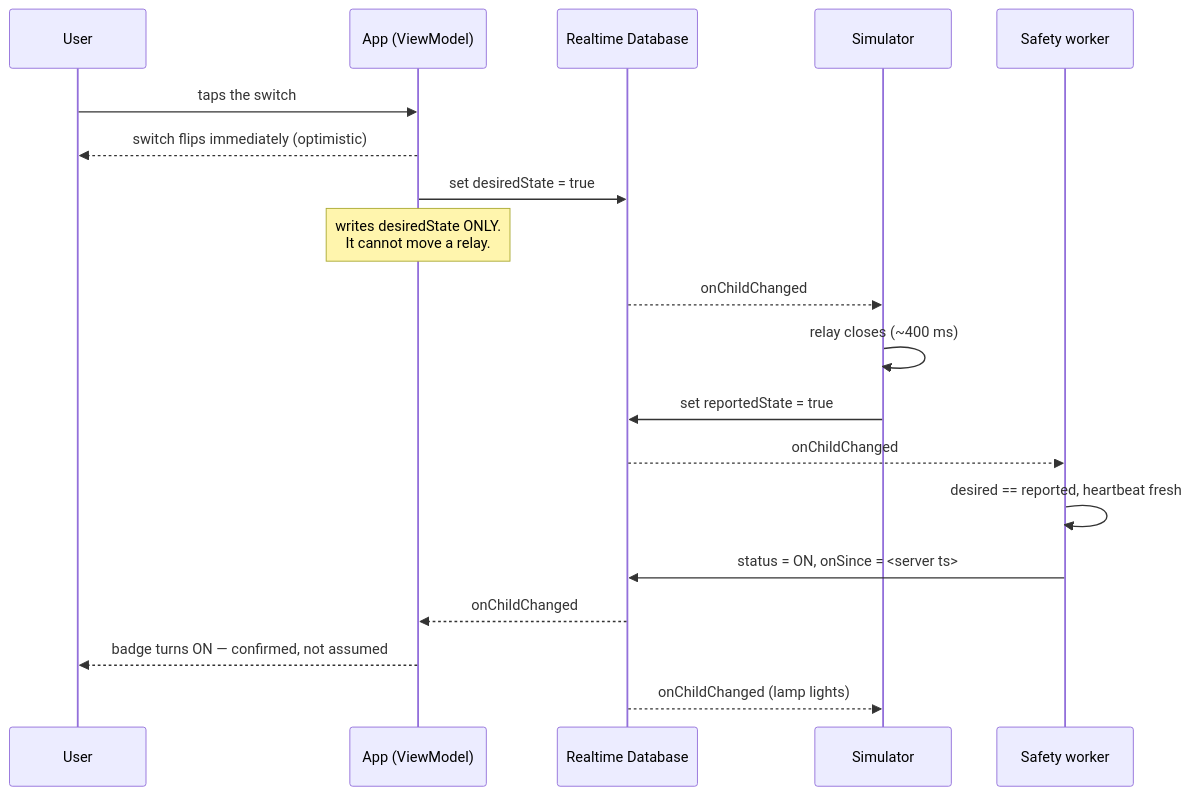
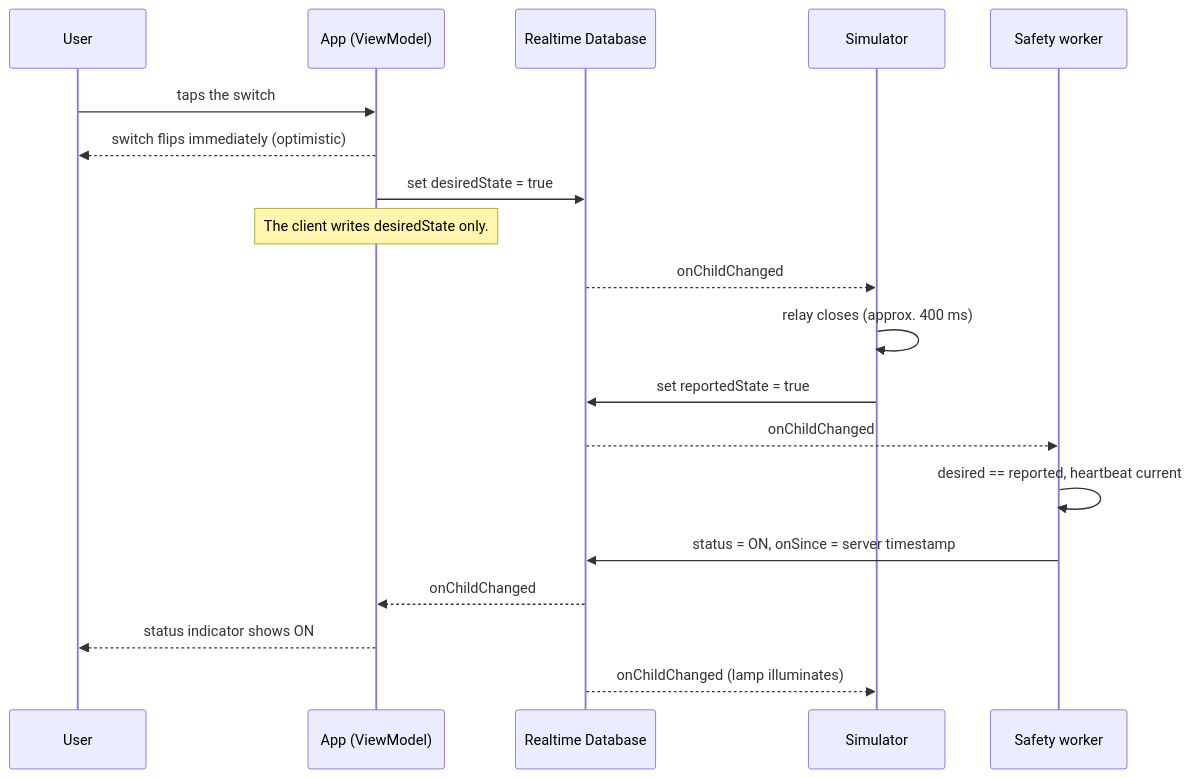
Before and after one commit to RavinduIT/HomeSense: the first of 2 diagrams in docs/REPORT.md, drawn with Mermaid. The commit also changed other lines of this file and 9 other files, not shown here.

````diff
--- a/docs/REPORT.md
+++ b/docs/REPORT.md
@@ -53,25 +80,25 @@
 ```mermaid
 sequenceDiagram
     participant U as User
     participant A as App (ViewModel)
     participant DB as Realtime Database
     participant S as Simulator
     participant W as Safety worker
 
     U->>A: taps the switch
     A-->>U: switch flips immediately (optimistic)
     A->>DB: set desiredState = true
-    Note over A: writes desiredState ONLY.<br/>It cannot move a relay.
+    Note over A: The client writes desiredState only.
 
     DB-->>S: onChildChanged
-    S->>S: relay closes (~400 ms)
+    S->>S: relay closes (approx. 400 ms)
     S->>DB: set reportedState = true
 
     DB-->>W: onChildChanged
-    W->>W: desired == reported, heartbeat fresh
-    W->>DB: status = ON, onSince = <server ts>
+    W->>W: desired == reported, heartbeat current
+    W->>DB: status = ON, onSince = server timestamp
 
     DB-->>A: onChildChanged
-    A-->>U: badge turns ON — confirmed, not assumed
-    DB-->>S: onChildChanged (lamp lights)
+    A-->>U: status indicator shows ON
+    DB-->>S: onChildChanged (lamp illuminates)
 ```
````
